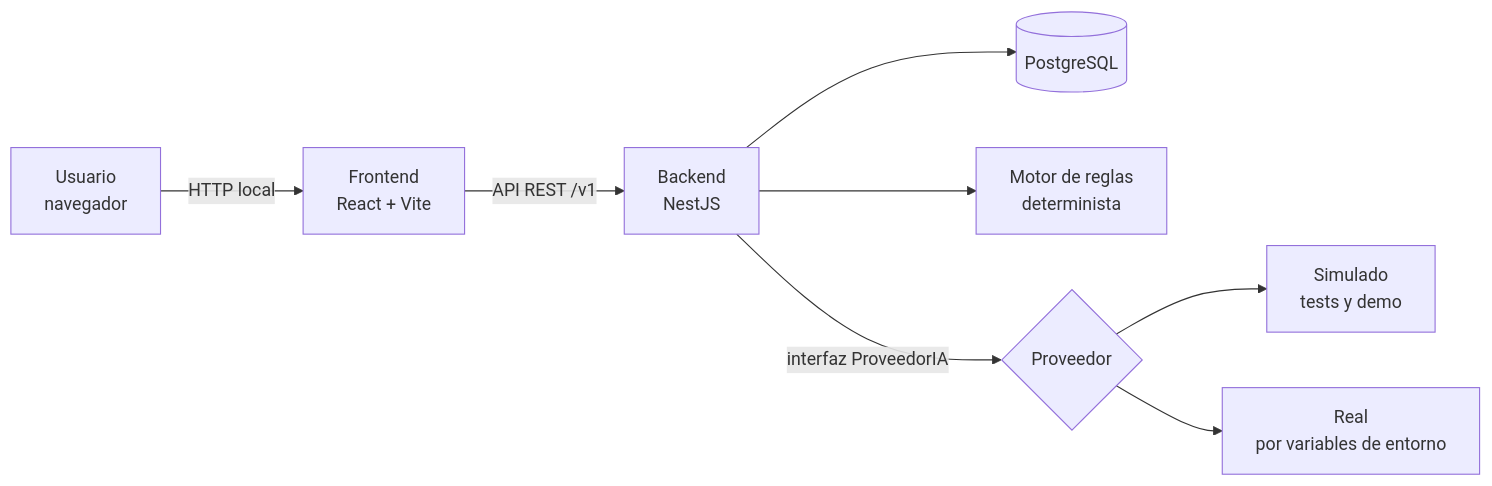
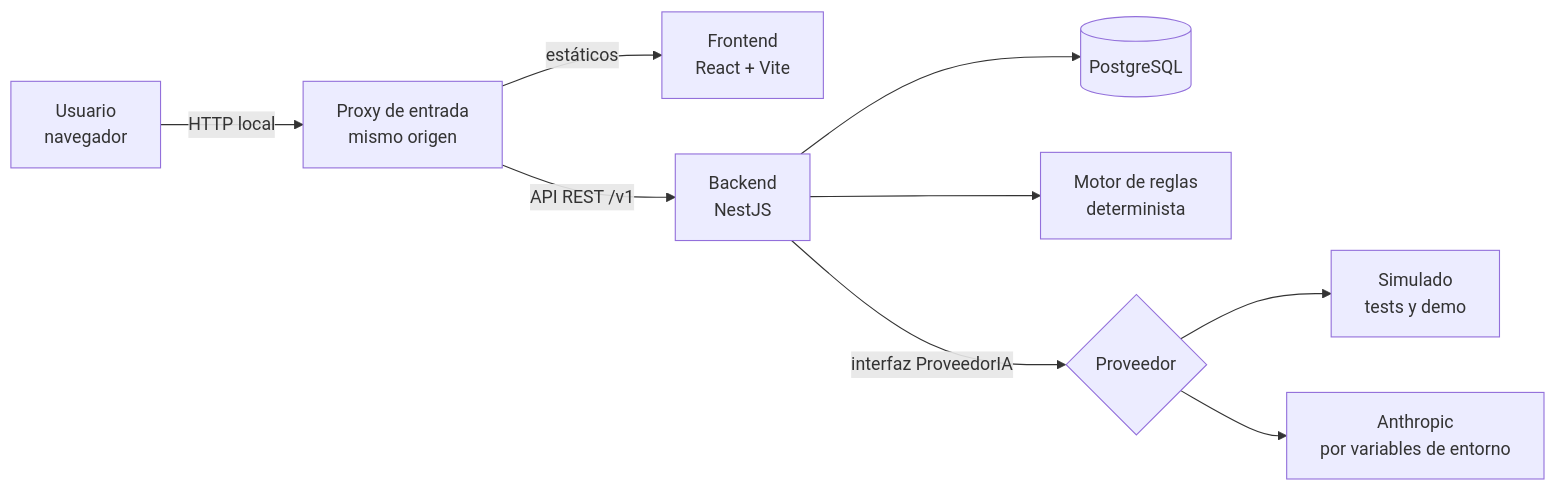
One commit to jsgimenezia/AI4Devs-finalproject changed the third of 3 diagrams in docs/producto.md. Above: the diagram before and after it, drawn with Mermaid. The commit also changed other lines of this file and 1 other file, not shown here.

````diff
--- a/docs/producto.md
+++ b/docs/producto.md
@@ -601,10 +700,11 @@
 ```mermaid
 flowchart LR
-    U[Usuario<br/>navegador] -->|HTTP local| FE[Frontend<br/>React + Vite]
-    FE -->|API REST /v1| BE[Backend<br/>NestJS]
+    U[Usuario<br/>navegador] -->|HTTP local| PX[Proxy de entrada<br/>mismo origen]
+    PX -->|estáticos| FE[Frontend<br/>React + Vite]
+    PX -->|API REST /v1| BE[Backend<br/>NestJS]
     BE --> DB[(PostgreSQL)]
     BE --> RE[Motor de reglas<br/>determinista]
     BE -->|interfaz ProveedorIA| IA{Proveedor}
     IA --> SIM[Simulado<br/>tests y demo]
-    IA --> REAL[Real<br/>por variables de entorno]
+    IA --> REAL[Anthropic<br/>por variables de entorno]
 ```
````
